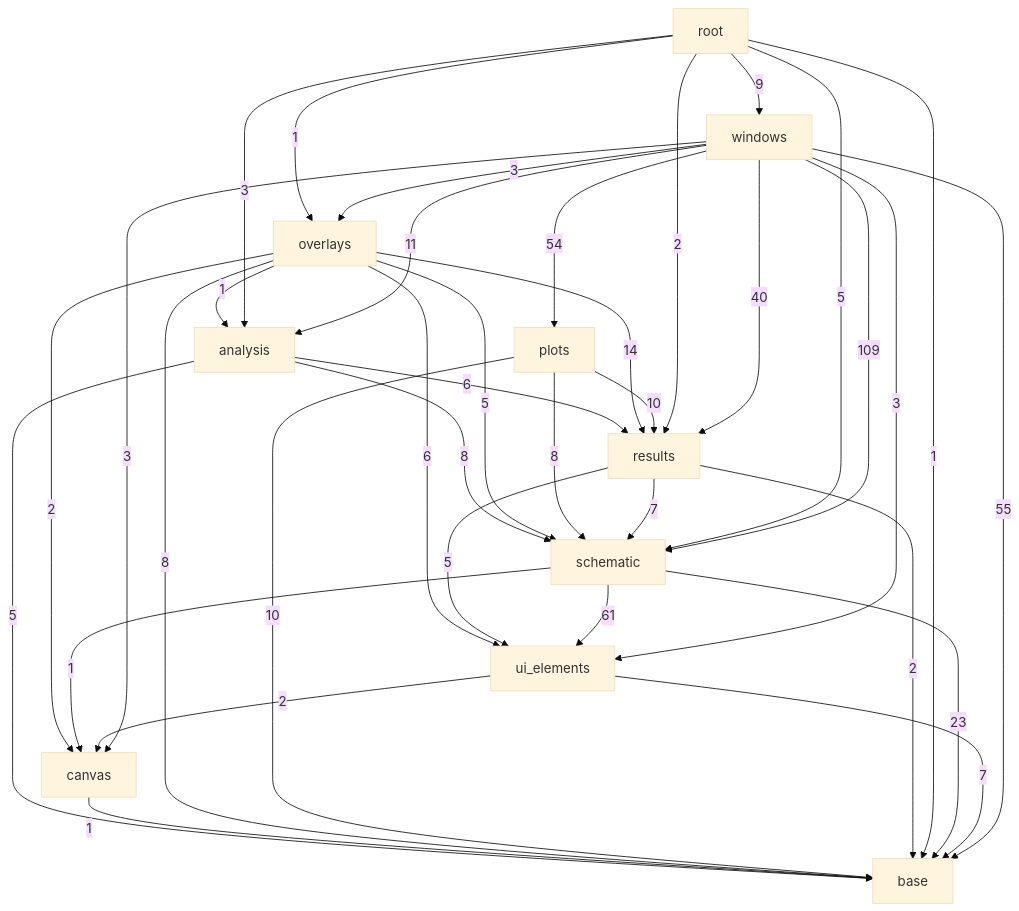
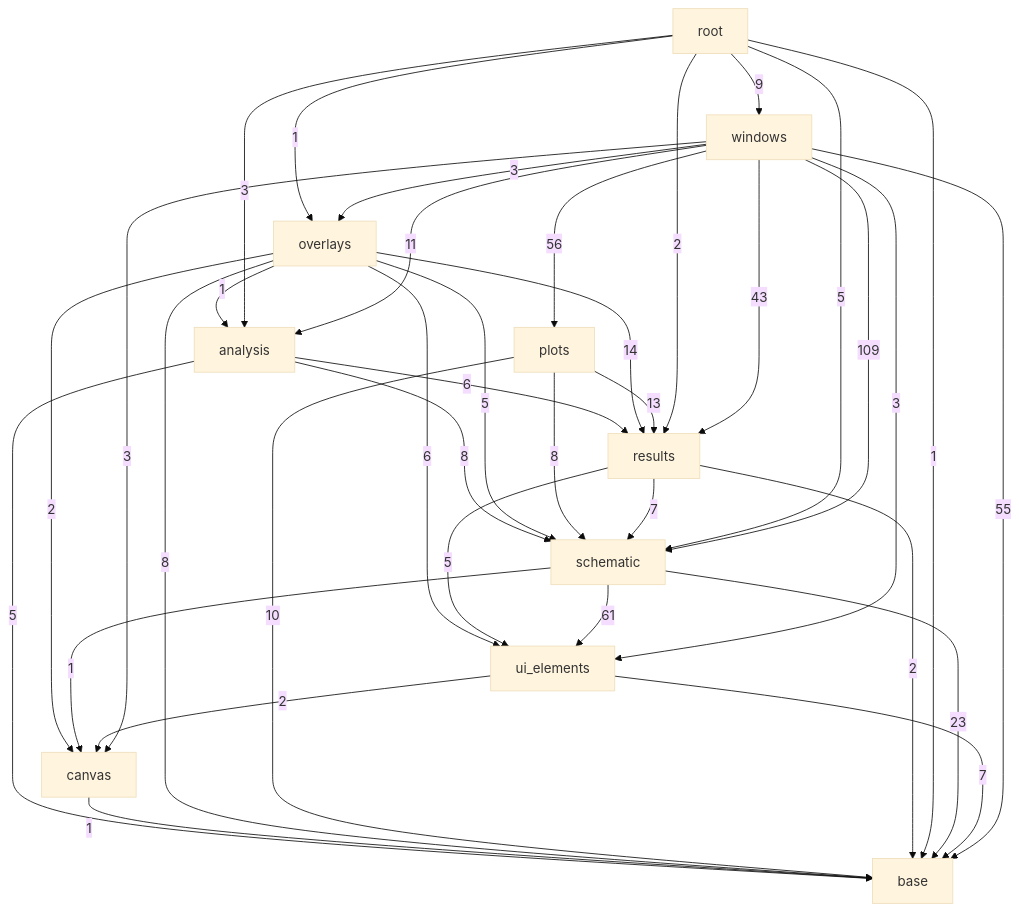
One commit to ronnymilleo/imcsim changed the third of 3 diagrams in docs/architecture.md. Above: the diagram before and after it, drawn with Mermaid (base theme). The commit also changed other lines of this file, not shown here.

Commit message:
Update architecture include diagram

````diff
--- a/docs/architecture.md
+++ b/docs/architecture.md
@@ -56,48 +56,48 @@
 ```mermaid
 flowchart TD
     app_gui_base[base]
     app_gui_canvas[canvas]
     app_gui_ui_elements[ui_elements]
     app_gui_schematic[schematic]
     app_gui_results[results]
     app_gui_analysis[analysis]
     app_gui_plots[plots]
     app_gui_overlays[overlays]
     app_gui_windows[windows]
     app_gui_root[root]
     app_gui_analysis -->|5| app_gui_base
     app_gui_analysis -->|6| app_gui_results
     app_gui_analysis -->|8| app_gui_schematic
     app_gui_canvas -->|1| app_gui_base
     app_gui_overlays -->|1| app_gui_analysis
     app_gui_overlays -->|8| app_gui_base
     app_gui_overlays -->|2| app_gui_canvas
     app_gui_overlays -->|14| app_gui_results
     app_gui_overlays -->|5| app_gui_schematic
     app_gui_overlays -->|6| app_gui_ui_elements
     app_gui_plots -->|10| app_gui_base
-    app_gui_plots -->|10| app_gui_results
+    app_gui_plots -->|13| app_gui_results
     app_gui_plots -->|8| app_gui_schematic
     app_gui_results -->|2| app_gui_base
     app_gui_results -->|7| app_gui_schematic
     app_gui_results -->|5| app_gui_ui_elements
     app_gui_root -->|3| app_gui_analysis
     app_gui_root -->|1| app_gui_base
     app_gui_root -->|1| app_gui_overlays
     app_gui_root -->|2| app_gui_results
     app_gui_root -->|5| app_gui_schematic
     app_gui_root -->|9| app_gui_windows
     app_gui_schematic -->|23| app_gui_base
     app_gui_schematic -->|1| app_gui_canvas
     app_gui_schematic -->|61| app_gui_ui_elements
     app_gui_ui_elements -->|7| app_gui_base
     app_gui_ui_elements -->|2| app_gui_canvas
     app_gui_windows -->|11| app_gui_analysis
     app_gui_windows -->|55| app_gui_base
     app_gui_windows -->|3| app_gui_canvas
     app_gui_windows -->|3| app_gui_overlays
-    app_gui_windows -->|54| app_gui_plots
-    app_gui_windows -->|40| app_gui_results
+    app_gui_windows -->|56| app_gui_plots
+    app_gui_windows -->|43| app_gui_results
     app_gui_windows -->|109| app_gui_schematic
     app_gui_windows -->|3| app_gui_ui_elements
 ```
````
